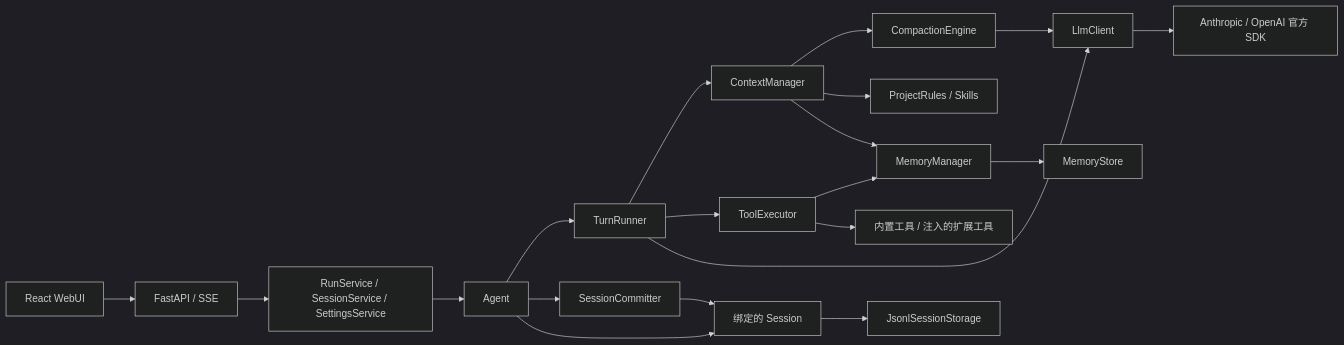
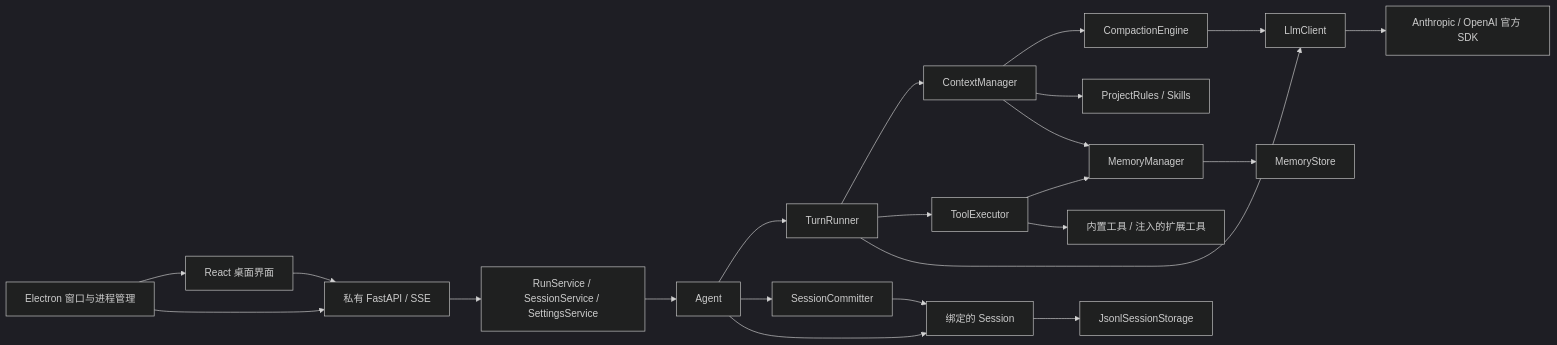
The diagram in docs/项目架构.md (Camelovee/Camel-Harness), drawn with Mermaid (dark theme) before and after one commit. The commit also changed other lines of this file and 110 other files, not shown here.

````diff
--- a/docs/项目架构.md
+++ b/docs/项目架构.md
@@ -44,22 +47,24 @@
 ```mermaid
 flowchart LR
-    UI[React WebUI] --> API[FastAPI / SSE]
+    Desktop[Electron 窗口与进程管理] --> UI[React 桌面界面]
+    Desktop --> API[私有 FastAPI / SSE]
+    UI --> API
     API --> Services[RunService / SessionService / SettingsService]
     Services --> Agent[Agent]
     Agent --> TurnRunner[TurnRunner]
     Agent --> Committer[SessionCommitter]
     TurnRunner --> Context[ContextManager]
     TurnRunner --> Tools[ToolExecutor]
     TurnRunner --> LLM[LlmClient]
     Committer --> Session[绑定的 Session]
     Agent --> Session
     Context --> Compaction[CompactionEngine]
     Compaction --> LLM
     Context --> Resources[ProjectRules / Skills]
     Context --> Memory[MemoryManager]
     Memory --> MemoryStore[MemoryStore]
     Tools --> Memory
     Session --> Storage[JsonlSessionStorage]
     Tools --> Providers[内置工具 / 注入的扩展工具]
     LLM --> SDK[Anthropic / OpenAI 官方 SDK]
 ```
````
